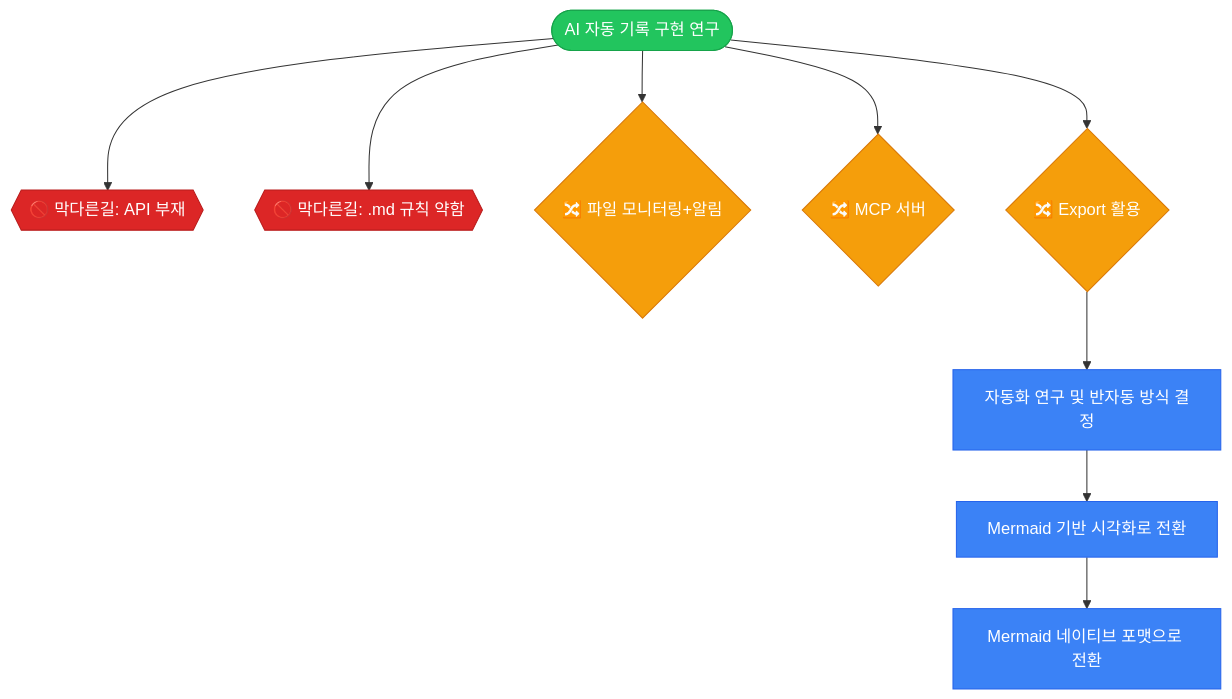
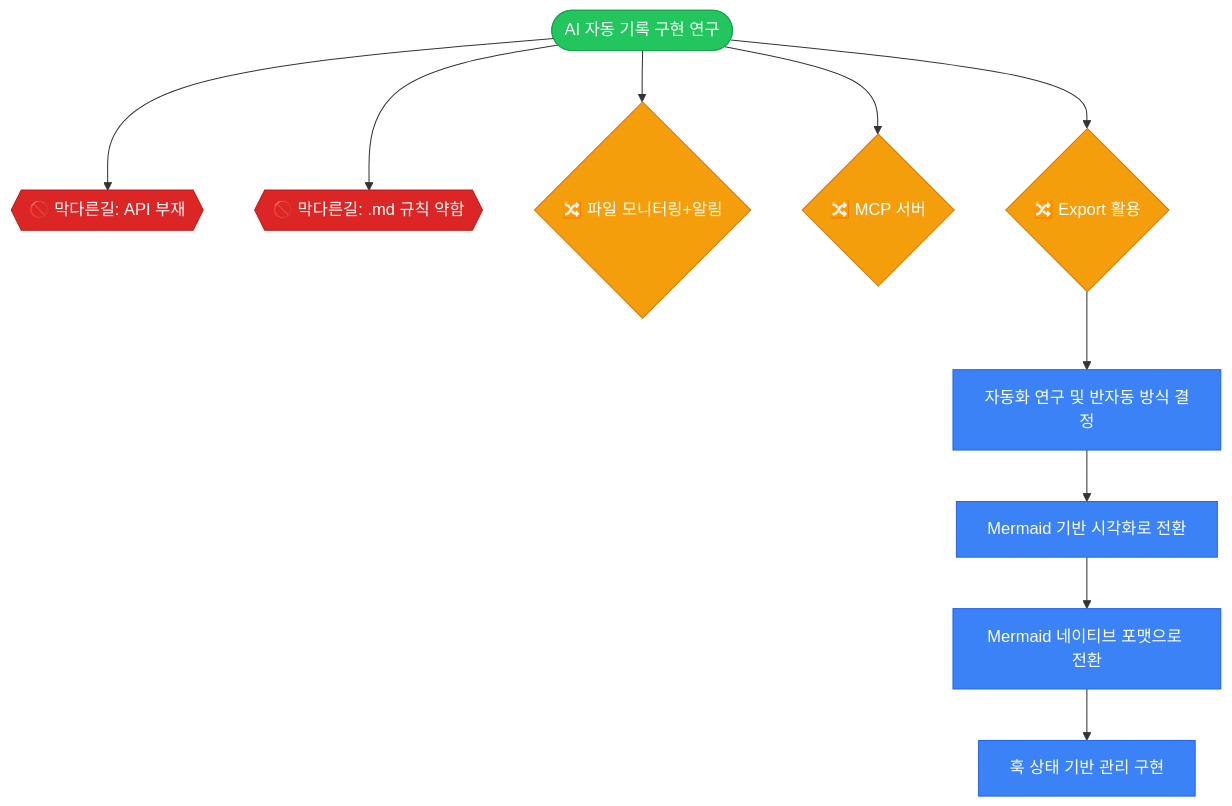
The diagram in trajectory.mmd (NamHyeongKeol/viz-vibe), drawn with Mermaid before and after one commit. The commit also changed 5 other files, not shown here.

```diff
--- a/trajectory.mmd
+++ b/trajectory.mmd
@@ -1,48 +1,53 @@
 flowchart TD
     %% @node_research_start [start]: AI가 바이브코딩 중 작업 내역을 자동으로 trajectory에 기록하도록 만드는 방법 탐색
     node_research_start(["AI 자동 기록 구현 연구"])
 
     %% @node_deadend_no_hook [blocker]: Antigravity가 대화 턴 시작/종료 Hook이나 대화록 접근 API를 제공하지 않음
     node_deadend_no_hook{{"🚫 막다른길: API 부재"}}
 
     %% @node_deadend_md_weak [blocker]: .agent/rules/vizvibe.md에 규칙 설정했으나 AI가 자동 적용하지 않음
     node_deadend_md_weak{{"🚫 막다른길: .md 규칙 약함"}}
 
     %% @node_approach_file_monitor [condition]: 대화록 파일 변경 감지 후 유저에게 알림
     node_approach_file_monitor{"🔀 파일 모니터링+알림"}
 
     %% @node_approach_mcp_server [condition]: MCP 서버로 update_trajectory 도구 제공
     node_approach_mcp_server{"🔀 MCP 서버"}
 
     %% @node_approach_export [condition]: Antigravity 대화록 export 기능 활용
     node_approach_export{"🔀 Export 활용"}
 
     %% @node_automation_research [ai-task]: AI 자동 기록 자동화 불가 확인, 반자동 방식으로 전환
     node_automation_research["자동화 연구 및 반자동 방식 결정"]
 
     %% @node_mermaid_migration [ai-task]: VizFlowEditorProvider를 Mermaid.js 기반으로 전환
     node_mermaid_migration["Mermaid 기반 시각화로 전환"]
 
     %% @node_mermaid_native [ai-task]: JSON에서 Mermaid 네이티브 포맷으로 완전 전환, Graph/Source 뷰 토글 구현
     node_mermaid_native["Mermaid 네이티브 포맷으로 전환"]
 
+    %% @node_hook_state [ai-task]: 훅 중복 방지를 키워드 매칭에서 상태 파일 기반으로 변경
+    node_hook_state["훅 상태 기반 관리 구현"]
+
     %% Edges
     node_research_start --> node_deadend_no_hook
     node_research_start --> node_deadend_md_weak
     node_research_start --> node_approach_file_monitor
     node_research_start --> node_approach_mcp_server
     node_research_start --> node_approach_export
     node_approach_export --> node_automation_research
     node_automation_research --> node_mermaid_migration
     node_mermaid_migration --> node_mermaid_native
+    node_mermaid_native --> node_hook_state
 
     %% Styles
     style node_research_start fill:#22c55e,stroke:#16a34a,color:#fff
     style node_deadend_no_hook fill:#dc2626,stroke:#b91c1c,color:#fff
     style node_deadend_md_weak fill:#dc2626,stroke:#b91c1c,color:#fff
     style node_approach_file_monitor fill:#f59e0b,stroke:#d97706,color:#fff
     style node_approach_mcp_server fill:#f59e0b,stroke:#d97706,color:#fff
     style node_approach_export fill:#f59e0b,stroke:#d97706,color:#fff
     style node_automation_research fill:#3b82f6,stroke:#2563eb,color:#fff
     style node_mermaid_migration fill:#3b82f6,stroke:#2563eb,color:#fff
     style node_mermaid_native fill:#3b82f6,stroke:#2563eb,color:#fff
+    style node_hook_state fill:#3b82f6,stroke:#2563eb,color:#fff
```
